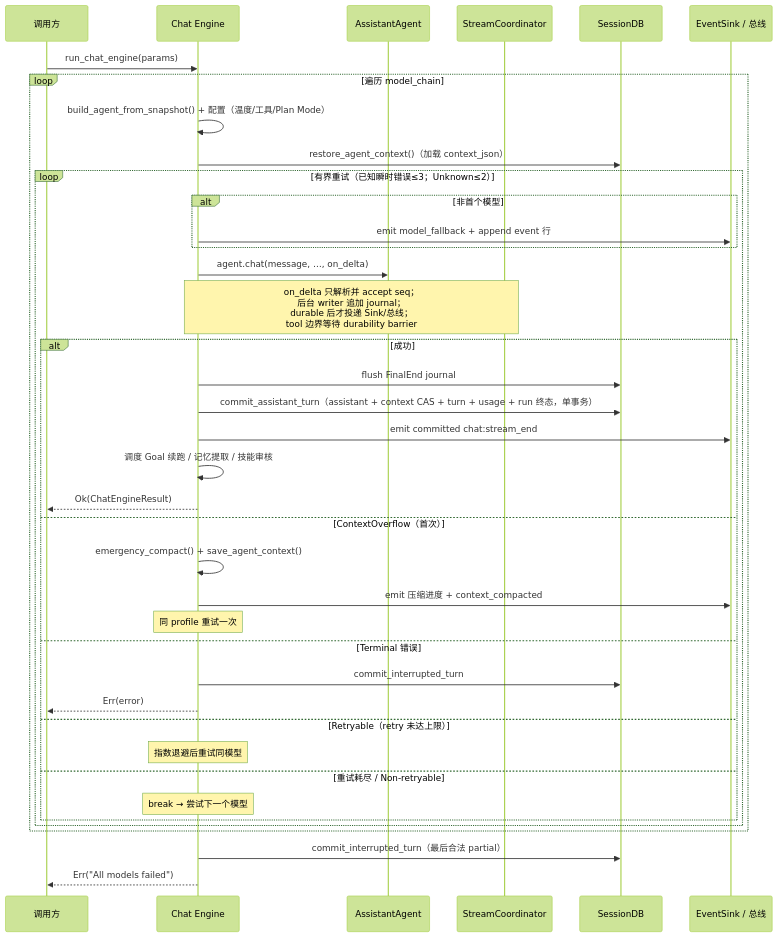
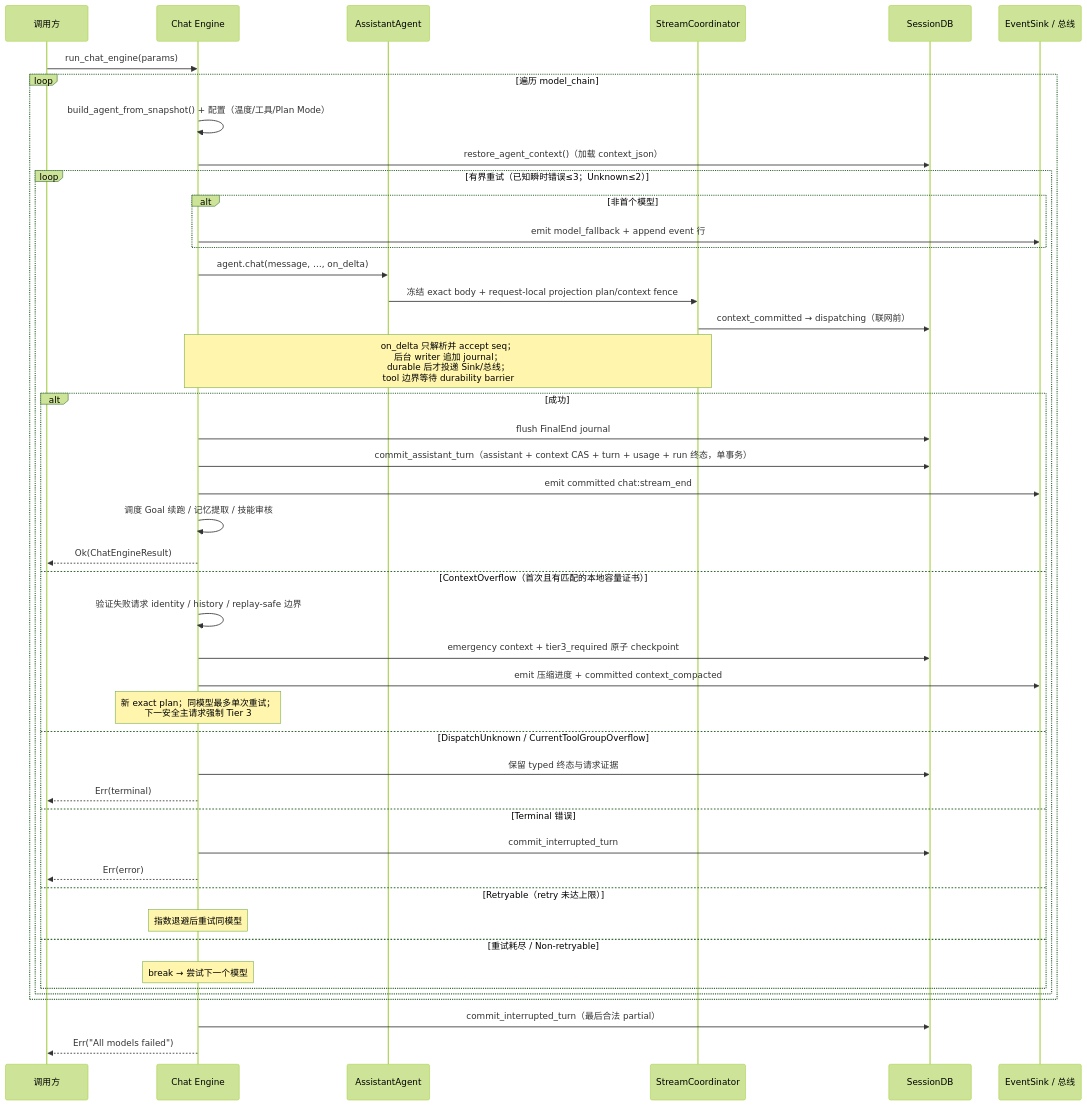
One commit to gabrielmoreira/agent-skills-mirror changed the second of 7 diagrams in mirrors/repos/shiwenwen@hope-agent/docs/architecture/core/chat-engine.md. Above: the diagram before and after it, drawn with Mermaid (forest theme). The commit also changed other lines of this file and 1493 other files, not shown here.

````diff
--- a/mirrors/repos/shiwenwen@hope-agent/docs/architecture/core/chat-engine.md
+++ b/mirrors/repos/shiwenwen@hope-agent/docs/architecture/core/chat-engine.md
@@ -249,47 +249,53 @@
 ```mermaid
 sequenceDiagram
     participant Caller as 调用方
     participant Engine as Chat Engine
     participant Agent as AssistantAgent
     participant Coord as StreamCoordinator
     participant DB as SessionDB
     participant Sink as EventSink / 总线
 
     Caller->>Engine: run_chat_engine(params)
 
     loop 遍历 model_chain
         Engine->>Engine: build_agent_from_snapshot() + 配置（温度/工具/Plan Mode）
         Engine->>DB: restore_agent_context()（加载 context_json）
 
         loop 有界重试（已知瞬时错误≤3；Unknown≤2）
             alt 非首个模型
                 Engine->>Sink: emit model_fallback + append event 行
             end
 
             Engine->>Agent: agent.chat(message, …, on_delta)
+            Agent->>Coord: 冻结 exact body + request-local projection plan/context fence
+            Coord->>DB: context_committed → dispatching（联网前）
             Note over Engine,Coord: on_delta 只解析并 accept seq；<br/>后台 writer 追加 journal；<br/>durable 后才投递 Sink/总线；<br/>tool 边界等待 durability barrier
 
             alt 成功
                 Engine->>DB: flush FinalEnd journal
                 Engine->>DB: commit_assistant_turn（assistant + context CAS + turn + usage + run 终态，单事务）
                 Engine->>Sink: emit committed chat:stream_end
                 Engine->>Engine: 调度 Goal 续跑 / 记忆提取 / 技能审核
                 Engine-->>Caller: Ok(ChatEngineResult)
-            else ContextOverflow（首次）
-                Engine->>Engine: emergency_compact() + save_agent_context()
-                Engine->>Sink: emit 压缩进度 + context_compacted
-                Note over Engine: 同 profile 重试一次
+            else ContextOverflow（首次且有匹配的本地容量证书）
+                Engine->>Engine: 验证失败请求 identity / history / replay-safe 边界
+                Engine->>DB: emergency context + tier3_required 原子 checkpoint
+                Engine->>Sink: emit 压缩进度 + committed context_compacted
+                Note over Engine: 新 exact plan；同模型最多单次重试；<br/>下一安全主请求强制 Tier 3
+            else DispatchUnknown / CurrentToolGroupOverflow
+                Engine->>DB: 保留 typed 终态与请求证据
+                Engine-->>Caller: Err(terminal)
             else Terminal 错误
                 Engine->>DB: commit_interrupted_turn
                 Engine-->>Caller: Err(error)
             else Retryable（retry 未达上限）
                 Note over Engine: 指数退避后重试同模型
             else 重试耗尽 / Non-retryable
                 Note over Engine: break → 尝试下一个模型
             end
         end
     end
 
     Engine->>DB: commit_interrupted_turn（最后合法 partial）
     Engine-->>Caller: Err("All models failed")
 ```
````
